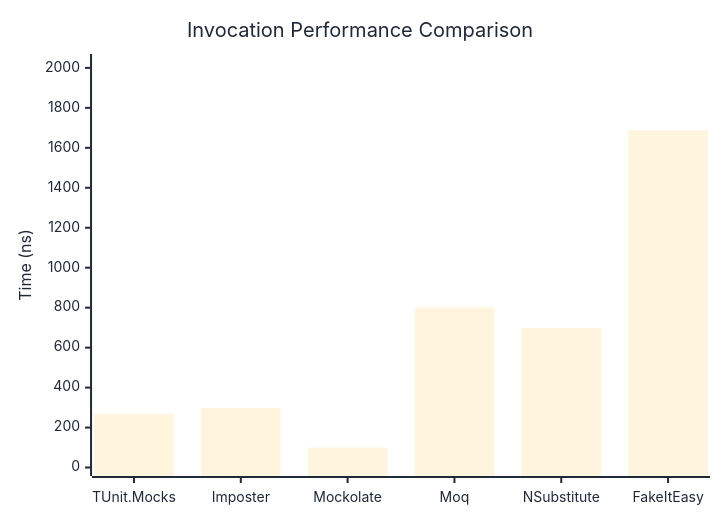
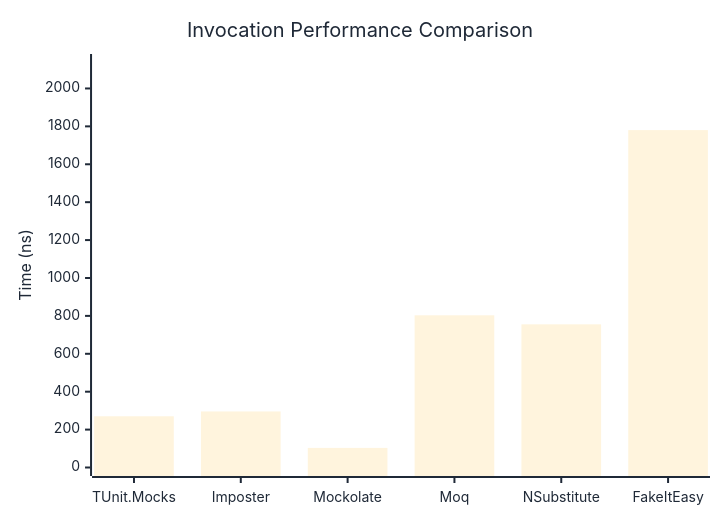
Before and after one commit to thomhurst/TUnit: the first of 3 diagrams in docs/docs/benchmarks/mocks/Invocation.md, drawn with Mermaid. The commit also changed other lines of this file and 14 other files, not shown here.

````diff
--- a/docs/docs/benchmarks/mocks/Invocation.md
+++ b/docs/docs/benchmarks/mocks/Invocation.md
@@ -30,27 +30,27 @@
 ```mermaid
 %%{init: {
   'theme':'base',
   'themeVariables': {
     'primaryColor': '#2563eb',
     'primaryTextColor': '#1f2937',
     'primaryBorderColor': '#1e40af',
     'lineColor': '#6b7280',
     'secondaryColor': '#7c3aed',
     'tertiaryColor': '#dc2626',
     'background': '#ffffff',
     'pie1': '#2563eb',
     'pie2': '#7c3aed',
     'pie3': '#dc2626',
     'pie4': '#f59e0b',
     'pie5': '#10b981',
     'pie6': '#06b6d4',
     'pie7': '#ec4899',
     'pie8': '#6366f1'
   }
 }}%%
 xychart-beta
   title "Invocation Performance Comparison"
   x-axis ["TUnit.Mocks", "Imposter", "Mockolate", "Moq", "NSubstitute", "FakeItEasy"]
-  y-axis "Time (ns)" 0 --> 2027
-  bar [268.85, 296.74, 99.43, 801.02, 697.21, 1688.37]
+  y-axis "Time (ns)" 0 --> 2137
+  bar [270.29, 295.83, 103.37, 803.05, 755.36, 1780.24]
 ```
````
